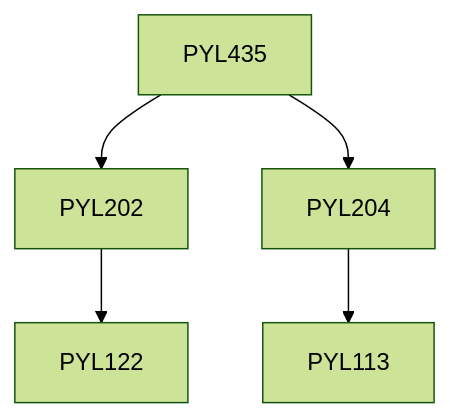
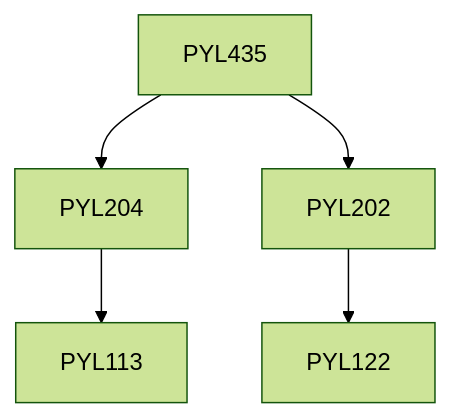
The diagram in content/Physics/PYL435.md (KeshavBansal0122/CoS_Website), drawn with Mermaid (forest theme) before and after one commit. The commit also changed other lines of this file and 392 other files, not shown here.

````diff
--- a/content/Physics/PYL435.md
+++ b/content/Physics/PYL435.md
@@ -13,11 +13,11 @@
 ```mermaid
 flowchart TD
 PYL435-653[PYL435]
+PYL204-653 --> PYL113-653[PYL113]
+PYL435-653 --> PYL204-653[PYL204]
 PYL202-653 --> PYL122-653[PYL122]
-PYL204-653 --> PYL113-653[PYL113]
 PYL435-653 --> PYL202-653[PYL202]
-PYL435-653 --> PYL204-653[PYL204]
 
 classDef empty height:17px, fill:transparent, stroke:transparent;
 classDef trueEmpty height:0px, width:0px;
 ```
````
